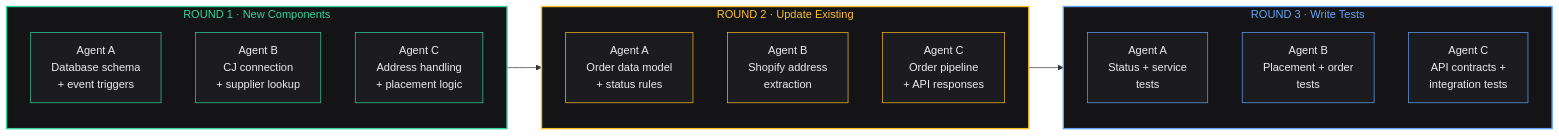
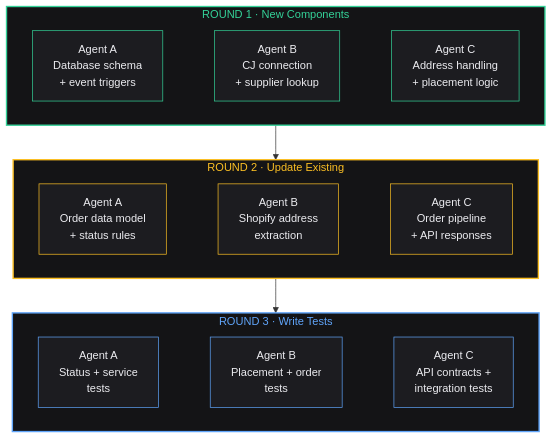
Before and after one commit to spaceBrownie/auto-shipper-ai: the diagram in docs/nathan-reports/assets/agent-strategy.mmd, drawn with Mermaid. The commit also changed 1 other file, not shown here.

Commit message:
docs: NR-007 agent strategy diagram — vertical flow, horizontal agents

```diff
--- a/docs/nathan-reports/assets/agent-strategy.mmd
+++ b/docs/nathan-reports/assets/agent-strategy.mmd
@@ -1,36 +1,30 @@
-graph LR
+graph TB
     subgraph R1["ROUND 1 · New Components"]
-        direction TB
-        A1["Agent A\nDatabase schema\n+ event triggers"]
-        A2["Agent B\nCJ connection\n+ supplier lookup"]
-        A3["Agent C\nAddress handling\n+ placement logic"]
+        direction LR
+        A1["Agent A\nDatabase schema\n+ event triggers"] ~~~ A2["Agent B\nCJ connection\n+ supplier lookup"] ~~~ A3["Agent C\nAddress handling\n+ placement logic"]
     end
 
     subgraph R2["ROUND 2 · Update Existing"]
-        direction TB
-        B1["Agent A\nOrder data model\n+ status rules"]
-        B2["Agent B\nShopify address\nextraction"]
-        B3["Agent C\nOrder pipeline\n+ API responses"]
+        direction LR
+        B1["Agent A\nOrder data model\n+ status rules"] ~~~ B2["Agent B\nShopify address\nextraction"] ~~~ B3["Agent C\nOrder pipeline\n+ API responses"]
     end
 
     subgraph R3["ROUND 3 · Write Tests"]
-        direction TB
-        C1["Agent A\nStatus + service\ntests"]
-        C2["Agent B\nPlacement + order\ntests"]
-        C3["Agent C\nAPI contracts +\nintegration tests"]
+        direction LR
+        C1["Agent A\nStatus + service\ntests"] ~~~ C2["Agent B\nPlacement + order\ntests"] ~~~ C3["Agent C\nAPI contracts +\nintegration tests"]
     end
 
     R1 --> R2 --> R3
 
     style R1 fill:#141416,stroke:#34d399,stroke-width:2px,color:#34d399
     style R2 fill:#141416,stroke:#fbbf24,stroke-width:2px,color:#fbbf24
     style R3 fill:#141416,stroke:#60a5fa,stroke-width:2px,color:#60a5fa
     style A1 fill:#1c1c20,stroke:#34d399,stroke-width:1px,color:#ececf0
     style A2 fill:#1c1c20,stroke:#34d399,stroke-width:1px,color:#ececf0
     style A3 fill:#1c1c20,stroke:#34d399,stroke-width:1px,color:#ececf0
     style B1 fill:#1c1c20,stroke:#fbbf24,stroke-width:1px,color:#ececf0
     style B2 fill:#1c1c20,stroke:#fbbf24,stroke-width:1px,color:#ececf0
     style B3 fill:#1c1c20,stroke:#fbbf24,stroke-width:1px,color:#ececf0
     style C1 fill:#1c1c20,stroke:#60a5fa,stroke-width:1px,color:#ececf0
     style C2 fill:#1c1c20,stroke:#60a5fa,stroke-width:1px,color:#ececf0
     style C3 fill:#1c1c20,stroke:#60a5fa,stroke-width:1px,color:#ececf0
```
